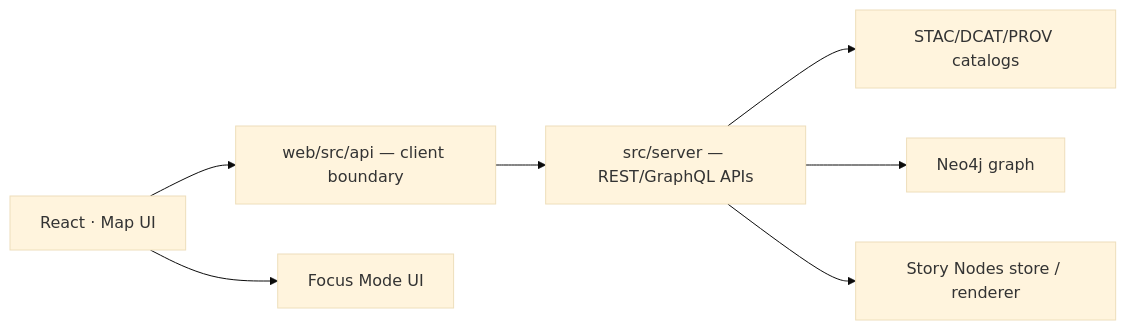
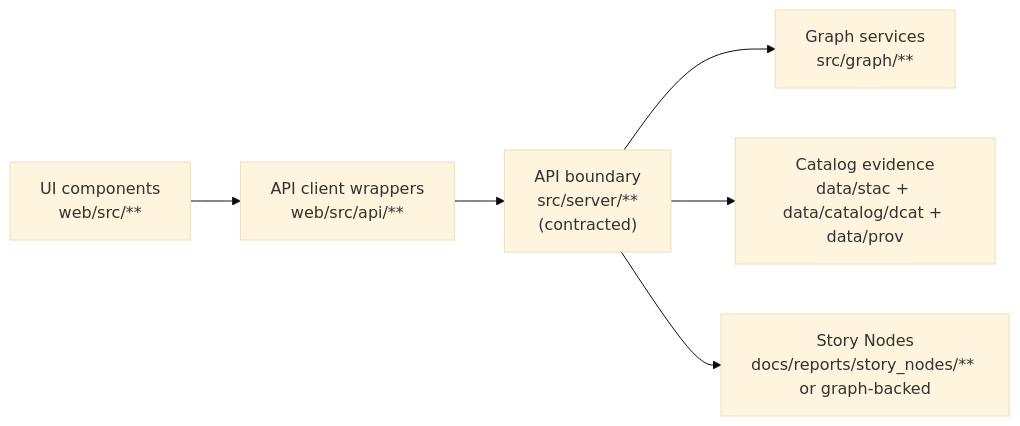
The first of 2 diagrams in web/src/api/README.md (bartytime4life/Kansas-Frontier-Matrix), drawn with Mermaid (base theme) before and after one commit. The commit also changed other lines of this file, not shown here.

First line of the commit message:
Revise README for API Client Layer

```diff
--- a/web/src/api/README.md
+++ b/web/src/api/README.md
@@ -174,9 +205,8 @@
 ~~~mermaid
 flowchart LR
-  UI["React · Map UI"] --> Client["web/src/api — client boundary"]
-  Client --> API["src/server — REST/GraphQL APIs"]
-  API --> CAT["STAC/DCAT/PROV catalogs"]
-  API --> G["Neo4j graph"]
-  API --> SN["Story Nodes store / renderer"]
-  UI --> FM["Focus Mode UI"]
+  A["UI components<br/>web/src/**"] --> B["API client wrappers<br/>web/src/api/**"]
+  B --> C["API boundary<br/>src/server/**<br/>(contracted)"]
+  C --> D["Graph services<br/>src/graph/**"]
+  C --> E["Catalog evidence<br/>data/stac + data/catalog/dcat + data/prov"]
+  C --> F["Story Nodes<br/>docs/reports/story_nodes/** or graph-backed"]
 ~~~
```
